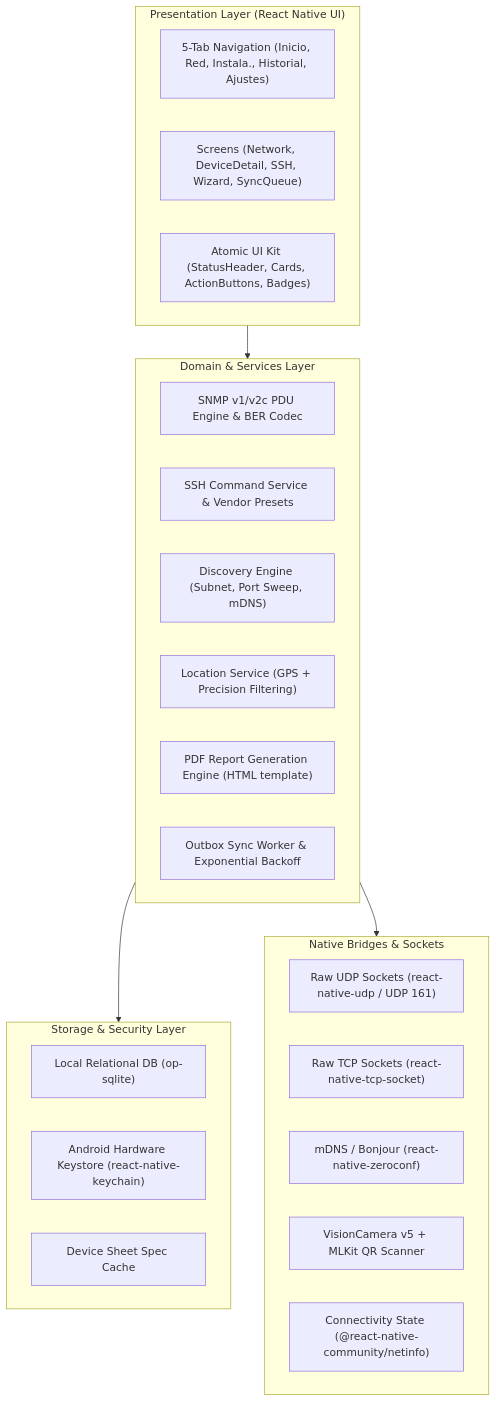
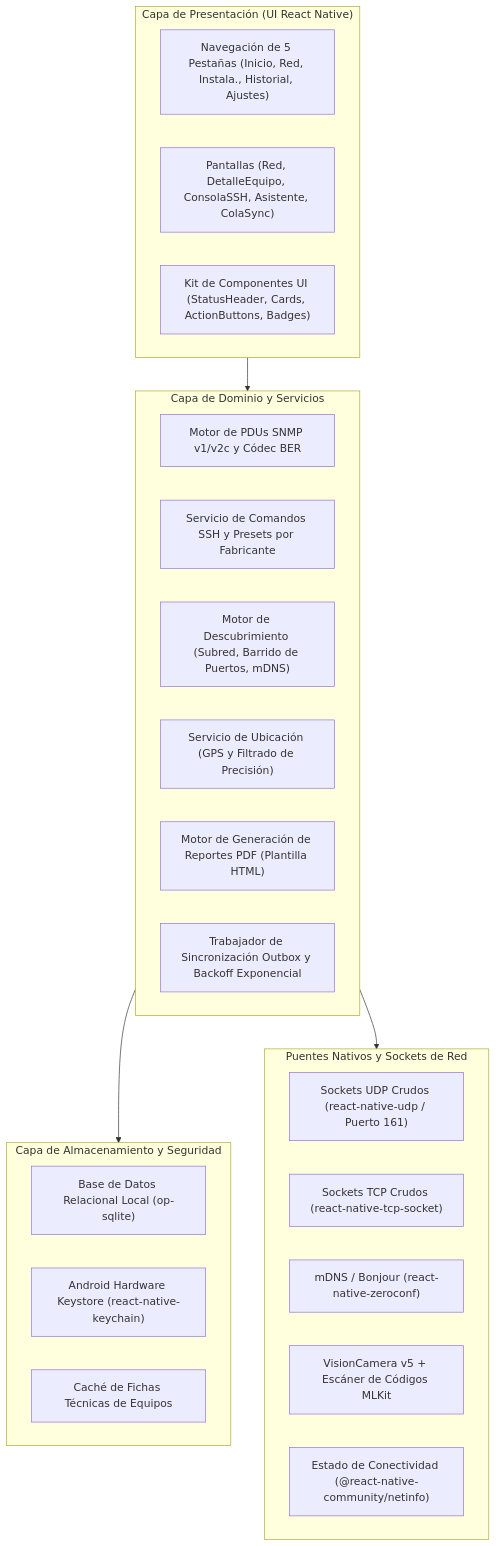
The first of 2 diagrams in tp_6/docs/TECHNICAL_REPORT.md (LucasTabacchi/Desarrollo-y-Arquitectura-en-aplicaciones-m-viles---2026), drawn with Mermaid before and after one commit. The commit also changed other lines of this file and 2 other files, not shown here.

Commit message:
docs: translate technical report, demo script, and odd task specs to Spanish

````diff
--- a/tp_6/docs/TECHNICAL_REPORT.md
+++ b/tp_6/docs/TECHNICAL_REPORT.md
@@ -19,35 +19,35 @@
 ```mermaid
 graph TD
-    subgraph UI ["Presentation Layer (React Native UI)"]
-        Nav["5-Tab Navigation (Inicio, Red, Instala., Historial, Ajustes)"]
-        Screens["Screens (Network, DeviceDetail, SSH, Wizard, SyncQueue)"]
-        UI_Kit["Atomic UI Kit (StatusHeader, Cards, ActionButtons, Badges)"]
+    subgraph UI ["Capa de Presentación (UI React Native)"]
+        Nav["Navegación de 5 Pestañas (Inicio, Red, Instala., Historial, Ajustes)"]
+        Screens["Pantallas (Red, DetalleEquipo, ConsolaSSH, Asistente, ColaSync)"]
+        UI_Kit["Kit de Componentes UI (StatusHeader, Cards, ActionButtons, Badges)"]
     end
 
-    subgraph Domain ["Domain & Services Layer"]
-        SNMP_Engine["SNMP v1/v2c PDU Engine & BER Codec"]
-        SSH_Service["SSH Command Service & Vendor Presets"]
-        Discovery_Engine["Discovery Engine (Subnet, Port Sweep, mDNS)"]
-        Location_Service["Location Service (GPS + Precision Filtering)"]
-        Report_Engine["PDF Report Generation Engine (HTML template)"]
-        Sync_Worker["Outbox Sync Worker & Exponential Backoff"]
+    subgraph Domain ["Capa de Dominio y Servicios"]
+        SNMP_Engine["Motor de PDUs SNMP v1/v2c y Códec BER"]
+        SSH_Service["Servicio de Comandos SSH y Presets por Fabricante"]
+        Discovery_Engine["Motor de Descubrimiento (Subred, Barrido de Puertos, mDNS)"]
+        Location_Service["Servicio de Ubicación (GPS y Filtrado de Precisión)"]
+        Report_Engine["Motor de Generación de Reportes PDF (Plantilla HTML)"]
+        Sync_Worker["Trabajador de Sincronización Outbox y Backoff Exponencial"]
     end
 
-    subgraph Storage ["Storage & Security Layer"]
-        SQLite_DB["Local Relational DB (op-sqlite)"]
+    subgraph Storage ["Capa de Almacenamiento y Seguridad"]
+        SQLite_DB["Base de Datos Relacional Local (op-sqlite)"]
         Keystore["Android Hardware Keystore (react-native-keychain)"]
-        Cache["Device Sheet Spec Cache"]
+        Cache["Caché de Fichas Técnicas de Equipos"]
     end
 
-    subgraph Native ["Native Bridges & Sockets"]
-        RN_UDP["Raw UDP Sockets (react-native-udp / UDP 161)"]
-        RN_TCP["Raw TCP Sockets (react-native-tcp-socket)"]
+    subgraph Native ["Puentes Nativos y Sockets de Red"]
+        RN_UDP["Sockets UDP Crudos (react-native-udp / Puerto 161)"]
+        RN_TCP["Sockets TCP Crudos (react-native-tcp-socket)"]
         RN_Zeroconf["mDNS / Bonjour (react-native-zeroconf)"]
-        RN_Camera["VisionCamera v5 + MLKit QR Scanner"]
-        RN_NetInfo["Connectivity State (@react-native-community/netinfo)"]
+        RN_Camera["VisionCamera v5 + Escáner de Códigos MLKit"]
+        RN_NetInfo["Estado de Conectividad (@react-native-community/netinfo)"]
     end
 
     UI --> Domain
     Domain --> Storage
     Domain --> Native
 ```
````
